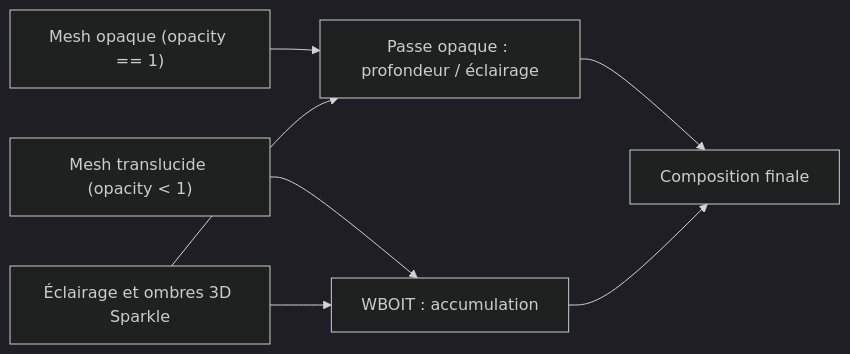
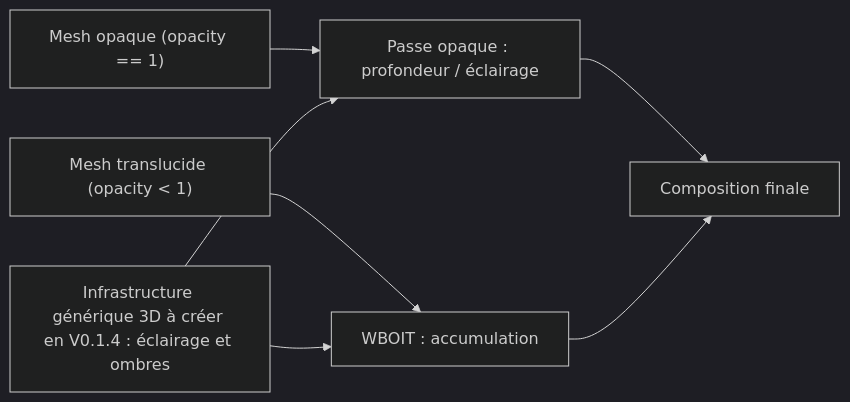
Before and after one commit to EreliaStudio/Sparkle: the seventh of 7 diagrams in docs/voxel-engine-v0.1.4-specification.md, drawn with Mermaid (dark theme). The commit also changed other lines of this file, not shown here.

Commit message:
docs: link architecture questions and correct 3D pipeline scope

````diff
--- a/docs/voxel-engine-v0.1.4-specification.md
+++ b/docs/voxel-engine-v0.1.4-specification.md
@@ -621,9 +621,9 @@
 ```mermaid
 flowchart LR
   A["Mesh opaque (opacity == 1)"] --> B["Passe opaque : profondeur / éclairage"]
   C["Mesh translucide (opacity < 1)"] --> D["WBOIT : accumulation"]
   B --> E["Composition finale"]
   D --> E
-  L["Éclairage et ombres 3D Sparkle"] --> B
+  L["Infrastructure générique 3D à créer en V0.1.4 : éclairage et ombres"] --> B
   L --> D
 ```
````
